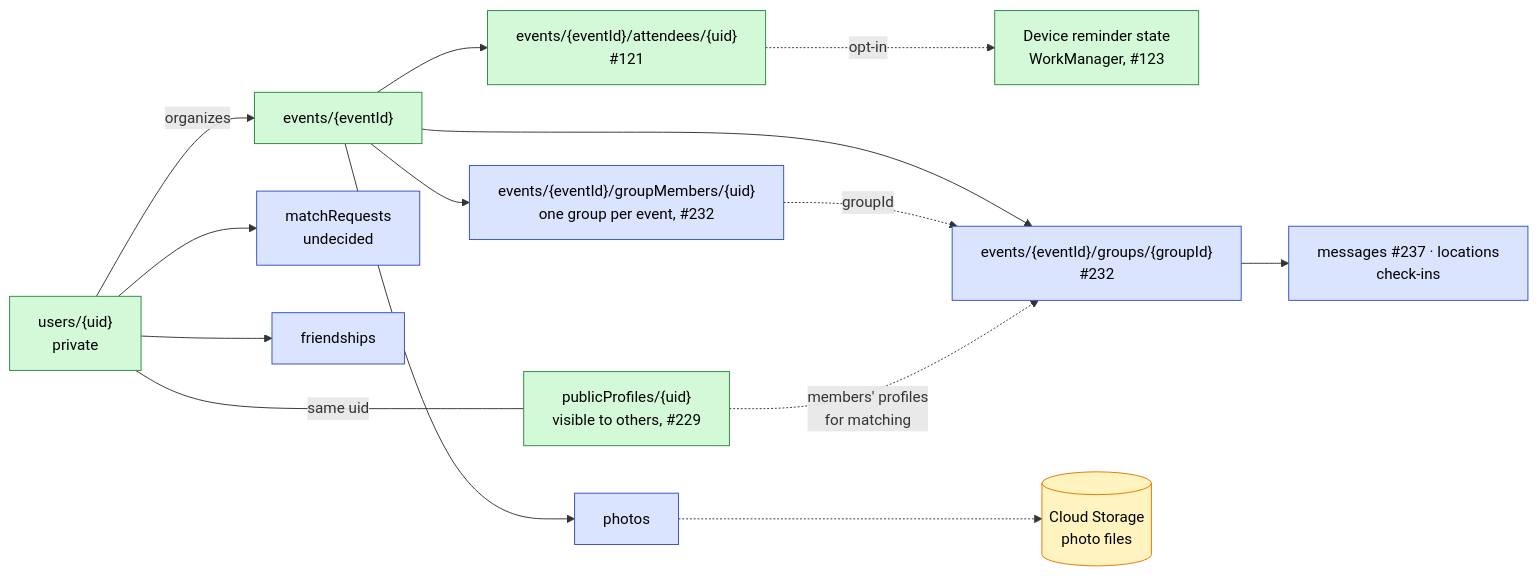
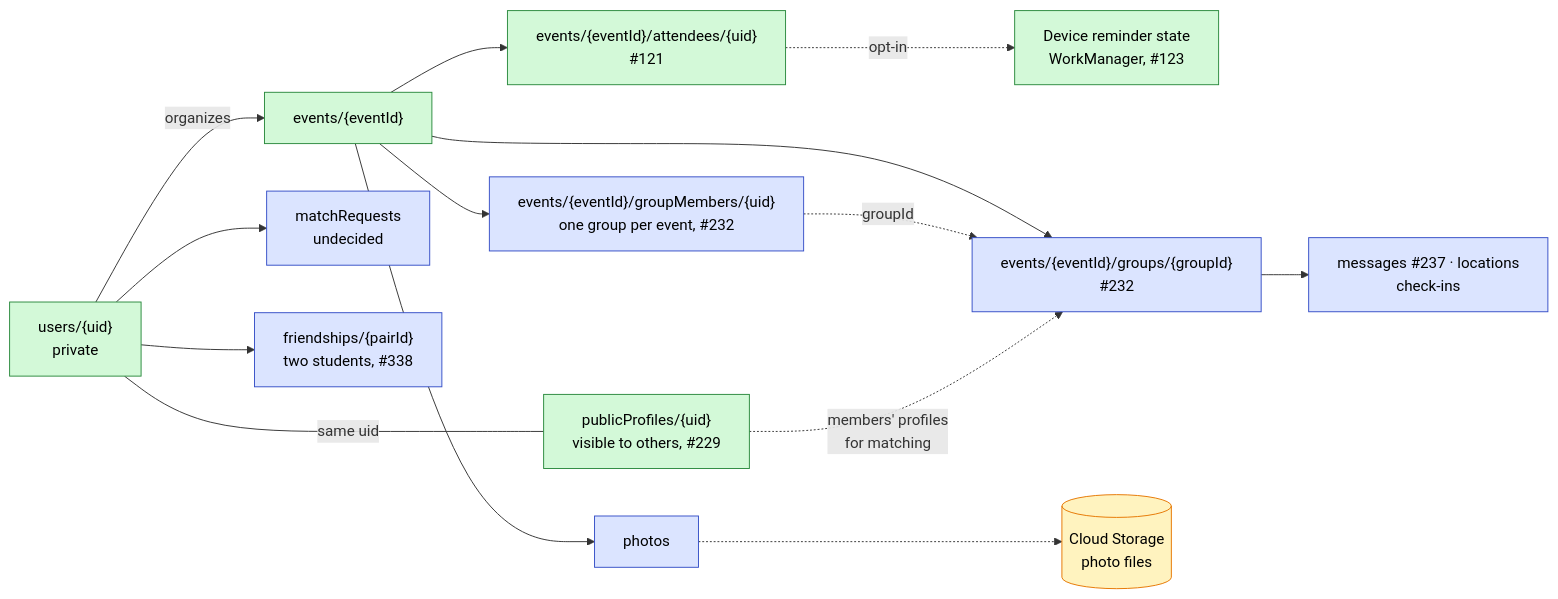
Diagram 13 of 13 in docs/Architecture-Diagram.md (swent-polysocial/PolySocial), drawn with Mermaid before and after one commit. The commit also changed other lines of this file and 1 other file, not shown here.

First line of the commit message:
docs: decide the friends data model

````diff
--- a/docs/Architecture-Diagram.md
+++ b/docs/Architecture-Diagram.md
@@ -422,33 +451,33 @@
 ```mermaid
 flowchart LR
   classDef s1 fill:#d3f9d8,stroke:#2b8a3e,color:#000
   classDef pb fill:#dbe4ff,stroke:#364fc7,color:#000
   classDef ext fill:#fff3bf,stroke:#e67700,color:#000
 
   users["users/{uid}<br/>private"]:::s1
   pub["publicProfiles/{uid}<br/>visible to others, #229"]:::s1
   events["events/{eventId}"]:::s1
   reg["events/{eventId}/attendees/{uid}<br/>#121"]:::s1
   reminders["Device reminder state<br/>WorkManager, #123"]:::s1
   photos["photos"]:::pb
   groups["events/{eventId}/groups/{groupId}<br/>#232"]:::pb
   marker["events/{eventId}/groupMembers/{uid}<br/>one group per event, #232"]:::pb
   sub["messages #237 · locations<br/>check-ins"]:::pb
   mreq["matchRequests<br/>undecided"]:::pb
-  friends["friendships"]:::pb
+  friends["friendships/{pairId}<br/>two students, #338"]:::pb
   storage[("Cloud Storage<br/>photo files")]:::ext
 
   users --- |"same uid"| pub
   users -->|"organizes"| events
   events --> reg
   reg -. opt-in .-> reminders
   events --> photos
   photos -.-> storage
   events --> groups
   events --> marker
   marker -. "groupId" .-> groups
   groups --> sub
   pub -. "members' profiles<br/>for matching" .-> groups
   users --> mreq
   users --> friends
 ```
````
